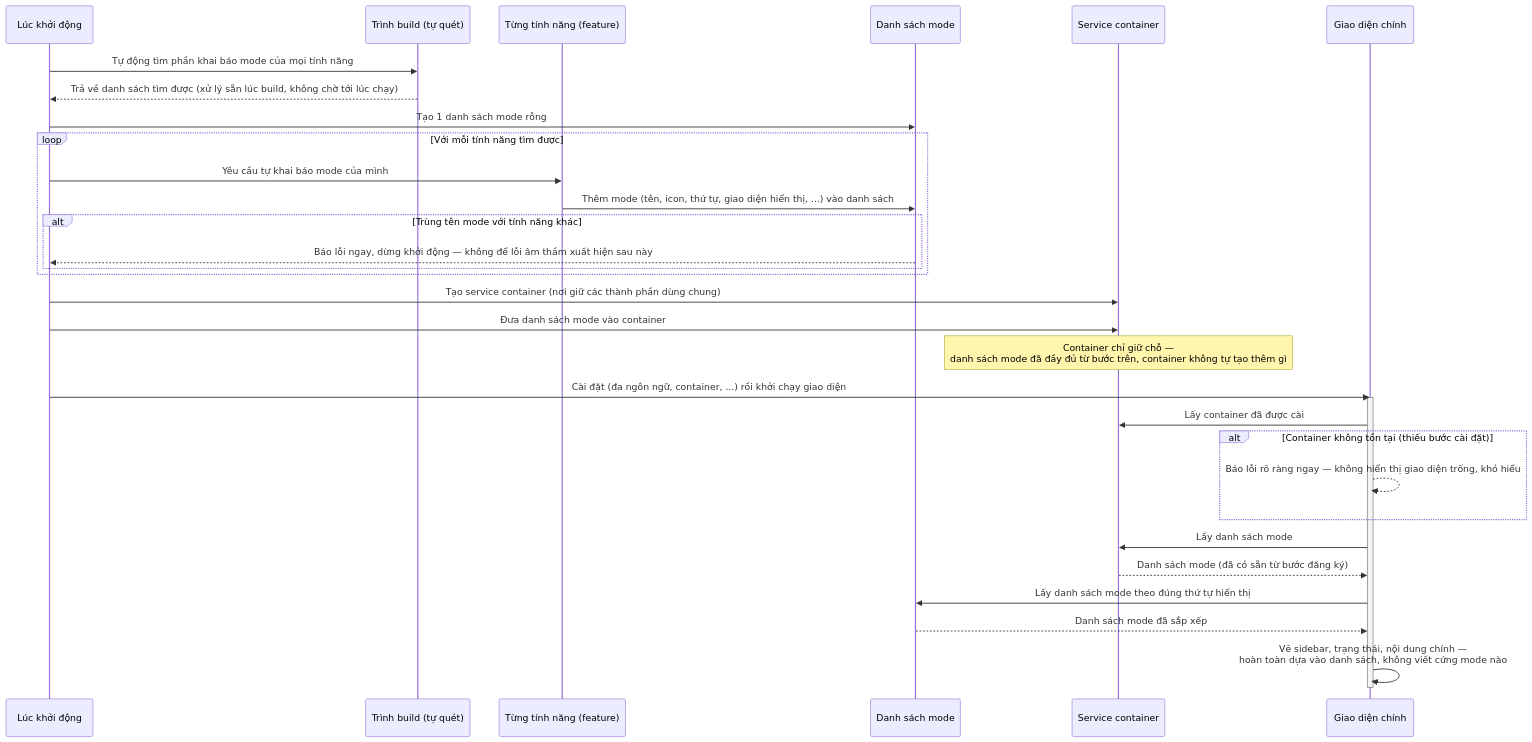
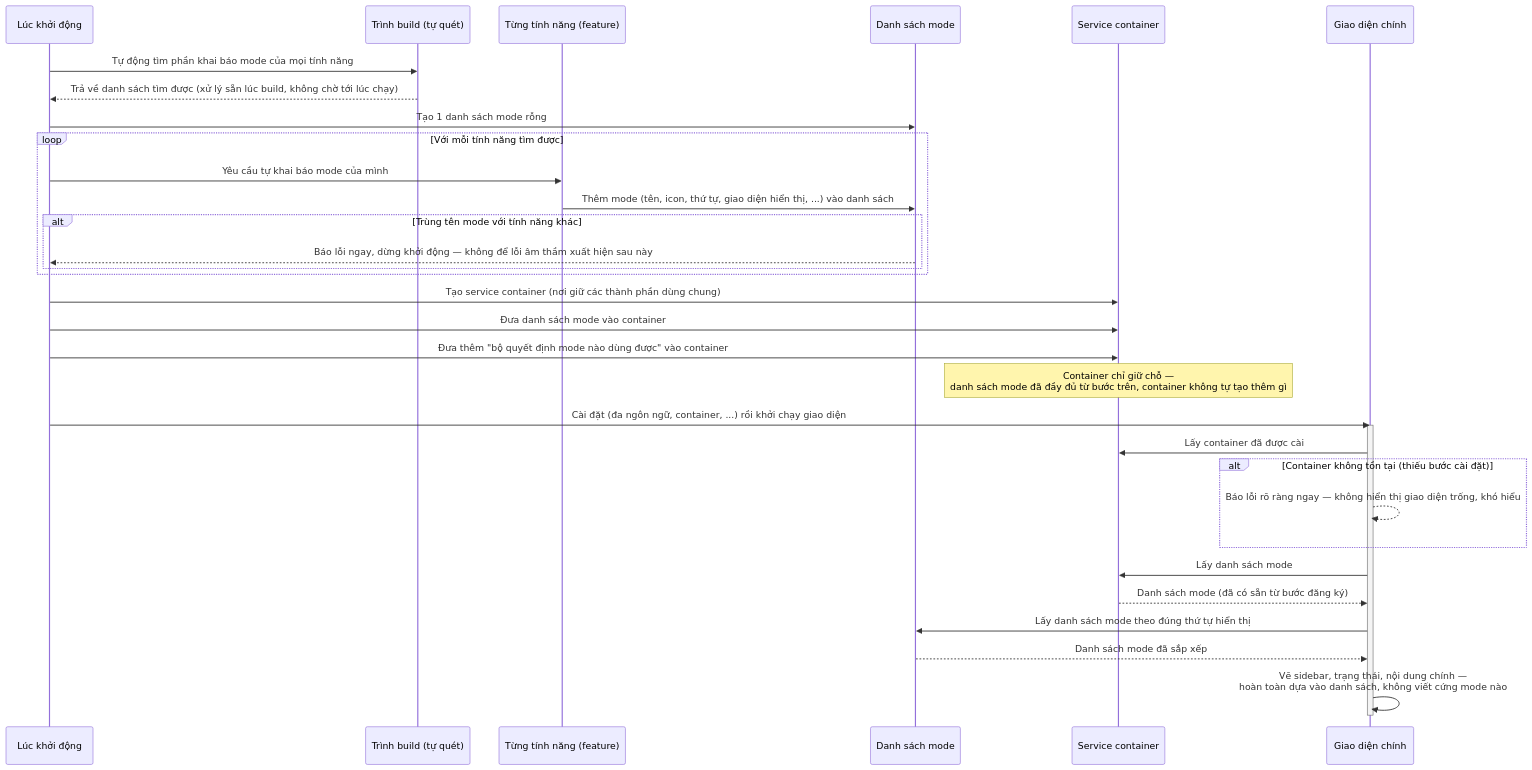
Before and after one commit to naut1402/agent-workflow: the first of 2 diagrams in docs/diagram/IoC.md, drawn with Mermaid. The commit also changed other lines of this file and 407 other files, not shown here.

````diff
--- a/docs/diagram/IoC.md
+++ b/docs/diagram/IoC.md
@@ -9,39 +9,40 @@
 ```mermaid
 sequenceDiagram
     participant main as Lúc khởi động
     participant scan as Trình build (tự quét)
     participant feature as Từng tính năng (feature)
     participant registry as Danh sách mode
     participant container as Service container
     participant app as Giao diện chính
 
     main->>scan: Tự động tìm phần khai báo mode của mọi tính năng
     scan-->>main: Trả về danh sách tìm được (xử lý sẵn lúc build, không chờ tới lúc chạy)
     main->>registry: Tạo 1 danh sách mode rỗng
 
     loop Với mỗi tính năng tìm được
         main->>feature: Yêu cầu tự khai báo mode của mình
         feature->>registry: Thêm mode (tên, icon, thứ tự, giao diện hiển thị, ...) vào danh sách
         alt Trùng tên mode với tính năng khác
             registry-->>main: Báo lỗi ngay, dừng khởi động — không để lỗi âm thầm xuất hiện sau này
         end
     end
 
     main->>container: Tạo service container (nơi giữ các thành phần dùng chung)
     main->>container: Đưa danh sách mode vào container
+    main->>container: Đưa thêm "bộ quyết định mode nào dùng được" vào container
     Note over container: Container chỉ giữ chỗ —<br/>danh sách mode đã đầy đủ từ bước trên, container không tự tạo thêm gì
 
     main->>app: Cài đặt (đa ngôn ngữ, container, ...) rồi khởi chạy giao diện
 
     activate app
     app->>container: Lấy container đã được cài
     alt Container không tồn tại (thiếu bước cài đặt)
         app-->>app: Báo lỗi rõ ràng ngay — không hiển thị giao diện trống, khó hiểu
     end
     app->>container: Lấy danh sách mode
     container-->>app: Danh sách mode (đã có sẵn từ bước đăng ký)
     app->>registry: Lấy danh sách mode theo đúng thứ tự hiển thị
     registry-->>app: Danh sách mode đã sắp xếp
     app->>app: Vẽ sidebar, trạng thái, nội dung chính —<br/>hoàn toàn dựa vào danh sách, không viết cứng mode nào
     deactivate app
 ```
````
